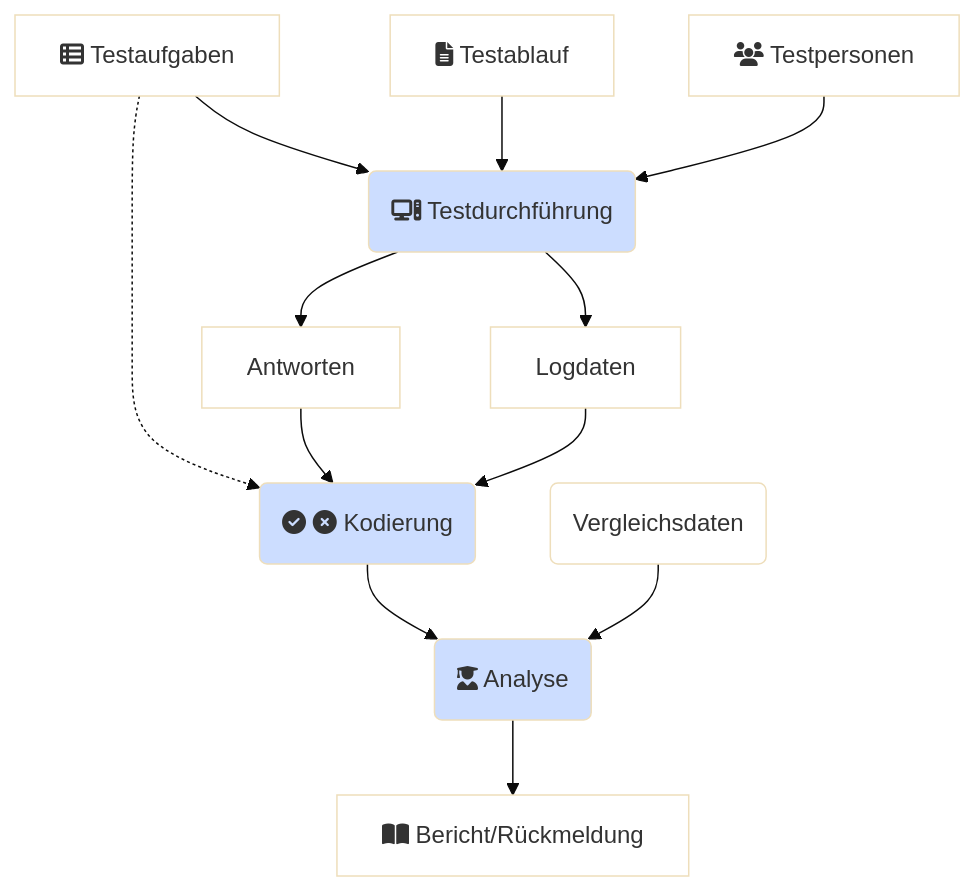
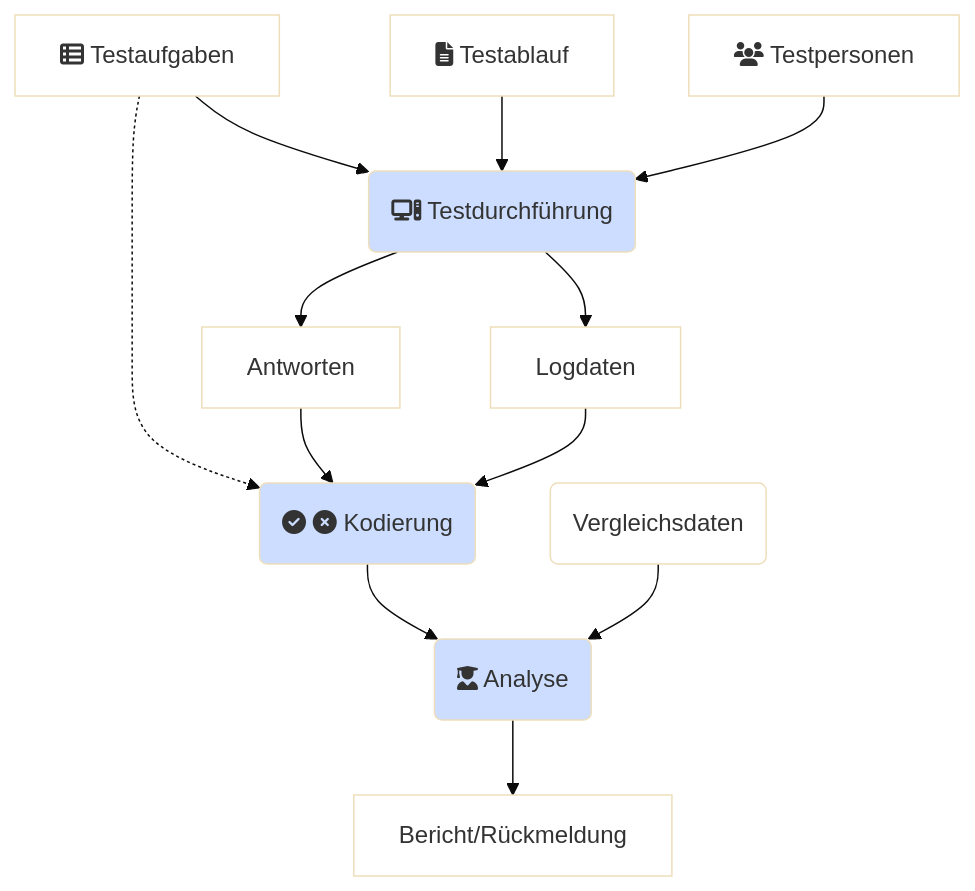
Before and after one commit to verona-interfaces/verona-interfaces.github.io: the first of 3 diagrams in intro/tba.qmd, drawn with Mermaid (base theme). The commit also changed other lines of this file, not shown here.

````diff
--- a/intro/tba.qmd
+++ b/intro/tba.qmd
@@ -32,24 +32,24 @@
 ```{mermaid}
 flowchart TD
     H[fa:fa-table-list Testaufgaben] --> B
     style H fill:white
     G[fa:fa-file-lines Testablauf] --> B
     style G fill:white
     A[fa:fa-users Testpersonen] --> B(fa:fa-computer Testdurchführung)
     style A fill:white
     style B fill:#cdf
     B --> K[Antworten]
     style K fill:white
     B --> J[Logdaten]
     style J fill:white
     H -.-> C(fa:fa-circle-check fa:fa-circle-xmark Kodierung)
     style C fill:#cdf
     K --> C
     J --> C
     C -->D(fa:fa-user-graduate Analyse)
     style D fill:#cdf
     L(Vergleichsdaten) --> D
     style L fill:white
-    D -->E[fa:fa-book-open Bericht/Rückmeldung]
+    D -->E[Bericht/Rückmeldung]
     style E fill:white
 ```
````
